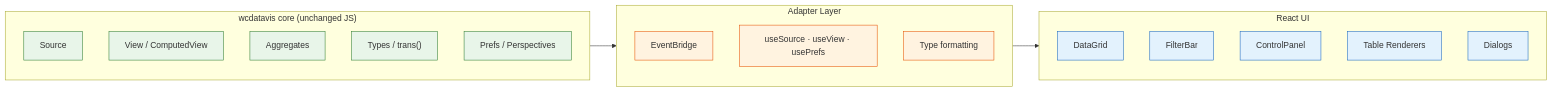
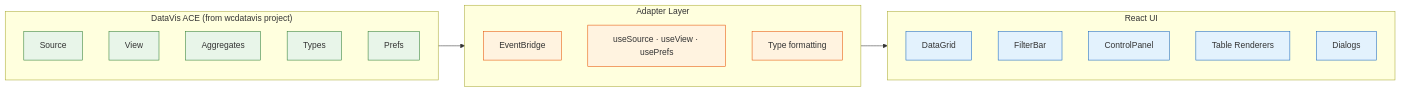
Before and after one commit to mieweb/datavis: the diagram in README.md, drawn with Mermaid. The commit also changed other lines of this file and 3 other files, not shown here.

Commit message:
Use name "DataVis NITRO" for new React UI to keep it separate from other parts of the DataVisiverse.

````diff
--- a/README.md
+++ b/README.md
@@ -9,33 +14,33 @@
 ```mermaid
 graph LR
-    subgraph DataCore["wcdatavis core (unchanged JS)"]
+    subgraph ACE["DataVis ACE (from wcdatavis project)"]
         Source
-        View["View / ComputedView"]
+        View
         Aggregates
-        Types["Types / trans()"]
-        Prefs["Prefs / Perspectives"]
+        Types
+        Prefs
     end
 
     subgraph Adapter["Adapter Layer"]
         EventBridge["EventBridge"]
         Hooks["useSource · useView · usePrefs"]
         TypeAdapter["Type formatting"]
     end
 
     subgraph ReactUI["React UI"]
         DataGrid["DataGrid"]
         Filters["FilterBar"]
         Controls["ControlPanel"]
         Tables["Table Renderers"]
         Dialogs["Dialogs"]
     end
 
-    DataCore --> Adapter --> ReactUI
+    ACE --> Adapter --> ReactUI
 
     classDef core fill:#e8f5e9,stroke:#2e7d32
     classDef adapter fill:#fff3e0,stroke:#e65100
     classDef ui fill:#e3f2fd,stroke:#1565c0
     class Source,View,Aggregates,Types,Prefs core
     class EventBridge,Hooks,TypeAdapter adapter
     class DataGrid,Filters,Controls,Tables,Dialogs ui
 ```
````
